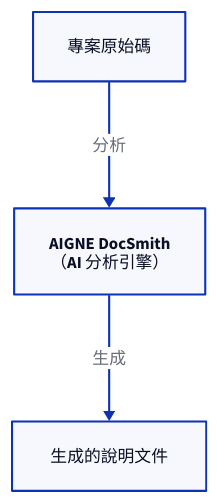
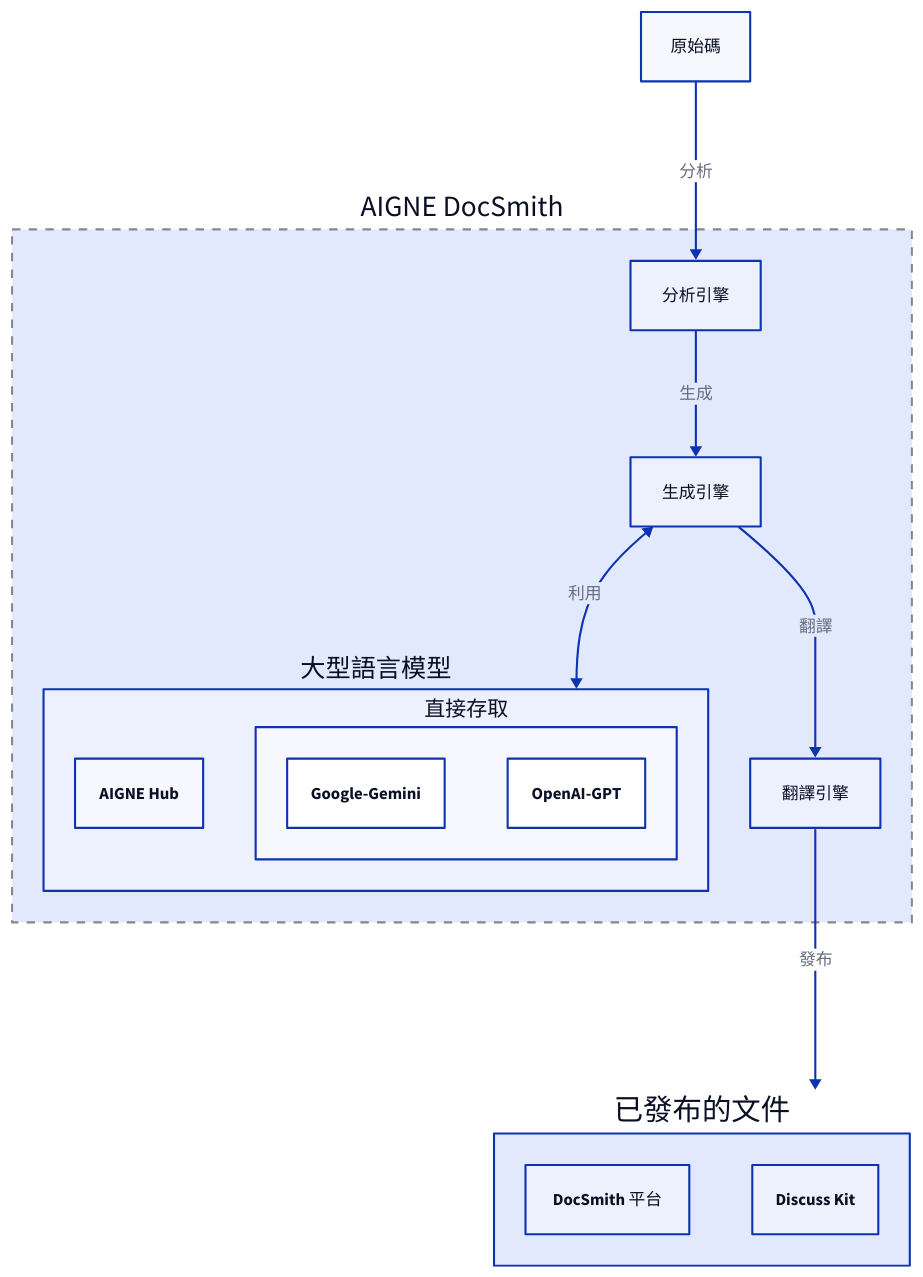
The diagram in docs/overview.zh-TW.md (AIGNE-io/aigne-doc-smith), drawn with D2 before and after one commit. The commit also changed other lines of this file and 60 other files, not shown here.

````diff
--- a/docs/overview.zh-TW.md
+++ b/docs/overview.zh-TW.md
@@ -11,21 +13,69 @@
 ```d2
 direction: down
 
 Source-Code: {
-  label: "專案原始碼"
+  label: "原始碼"
   shape: rectangle
 }
 
-DocSmith: {
-  label: "AIGNE DocSmith\n（AI 分析引擎）"
+AIGNE-DocSmith: {
+  label: "AIGNE DocSmith"
   shape: rectangle
+  style: {
+    stroke: "#888"
+    stroke-width: 2
+    stroke-dash: 4
+  }
+
+  Analysis-Engine: {
+    label: "分析引擎"
+    shape: rectangle
+  }
+
+  Generation-Engine: {
+    label: "生成引擎"
+    shape: rectangle
+  }
+
+  Translation-Engine: {
+    label: "翻譯引擎"
+    shape: rectangle
+  }
+
+  LLMs: {
+    label: "大型語言模型"
+    shape: rectangle
+
+    AIGNE-Hub: {
+      label: "AIGNE Hub"
+    }
+
+    Direct-Access: {
+      label: "直接存取"
+      shape: rectangle
+      Google-Gemini: {}
+      OpenAI-GPT: {}
+    }
+  }
 }
 
-Docs: {
-  label: "生成的說明文件"
+Published-Documentation: {
+  label: "已發布的文件"
   shape: rectangle
+
+  DocSmith-Platform: {
+    label: "DocSmith 平台"
+  }
+
+  Discuss-Kit: {
+    label: "Discuss Kit"
+  }
 }
 
-Source-Code -> DocSmith: "分析"
-DocSmith -> Docs: "生成"
+Source-Code -> AIGNE-DocSmith.Analysis-Engine: "分析"
+AIGNE-DocSmith.Analysis-Engine -> AIGNE-DocSmith.Generation-Engine: "生成"
+AIGNE-DocSmith.Generation-Engine <-> AIGNE-DocSmith.LLMs: "利用"
+AIGNE-DocSmith.Generation-Engine -> AIGNE-DocSmith.Translation-Engine: "翻譯"
+AIGNE-DocSmith.Translation-Engine -> Published-Documentation: "發布"
+
 ```
````
